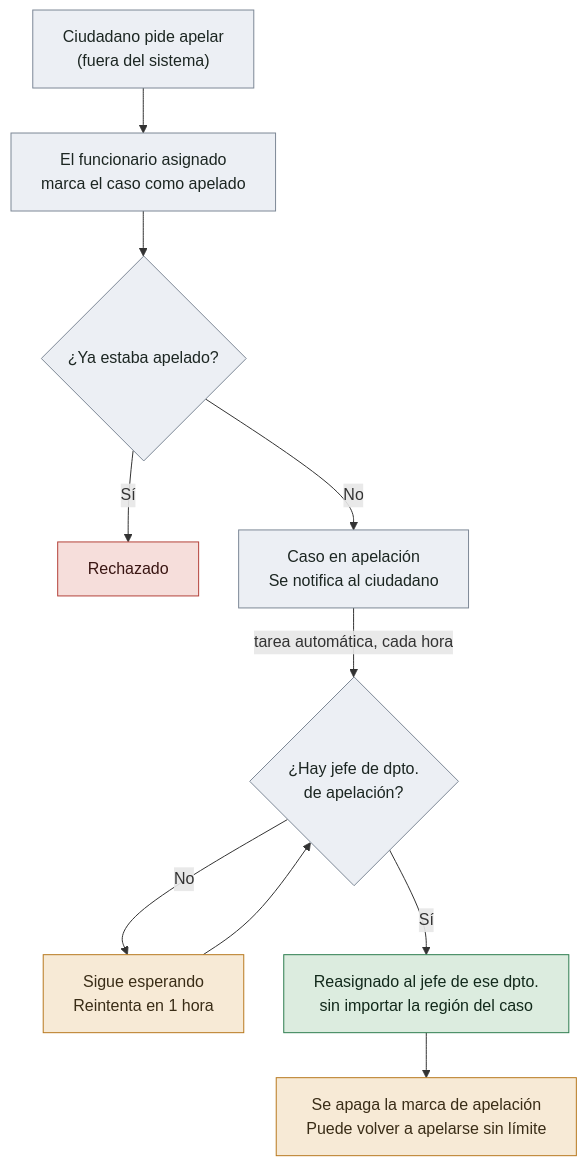
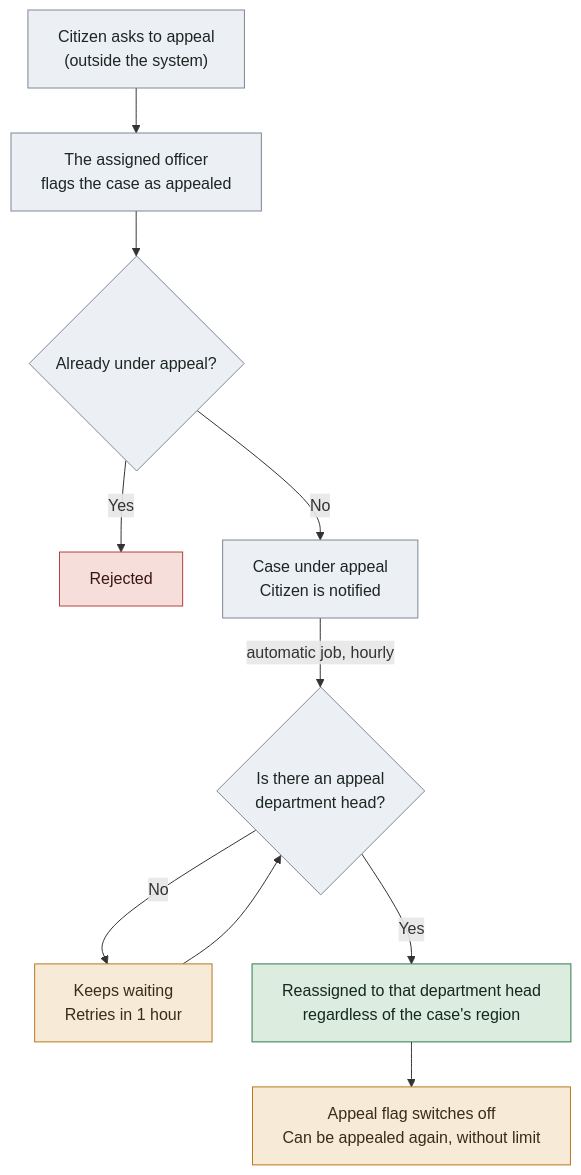
Before and after one commit to e3tools/grm-backend: the first of 2 diagrams in docs/sistema-apelacion-escalado.md, drawn with Mermaid. The commit also changed other lines of this file, not shown here.

First line of the commit message:
docs: translate appeal/escalation reference to English

````diff
--- a/docs/sistema-apelacion-escalado.md
+++ b/docs/sistema-apelacion-escalado.md
@@ -32,22 +32,22 @@
 ```mermaid
 %%{init: {"flowchart": {"wrappingWidth": 320, "nodeSpacing": 40, "rankSpacing": 45, "curve": "basis"}} }%%
 flowchart TD
-    A["Ciudadano pide apelar<br/>(fuera del sistema)"]
-    A --> B["El funcionario asignado<br/>marca el caso como apelado"]
-    B --> C{"¿Ya estaba apelado?"}
-    C -->|Sí| D["Rechazado"]
-    C -->|No| E["Caso en apelación<br/>Se notifica al ciudadano"]
-    E -->|"tarea automática, cada hora"| F{"¿Hay jefe de dpto.<br/>de apelación?"}
-    F -->|No| G["Sigue esperando<br/>Reintenta en 1 hora"]
+    A["Citizen asks to appeal<br/>(outside the system)"]
+    A --> B["The assigned officer<br/>flags the case as appealed"]
+    B --> C{"Already under appeal?"}
+    C -->|Yes| D["Rejected"]
+    C -->|No| E["Case under appeal<br/>Citizen is notified"]
+    E -->|"automatic job, hourly"| F{"Is there an appeal<br/>department head?"}
+    F -->|No| G["Keeps waiting<br/>Retries in 1 hour"]
     G --> F
-    F -->|Sí| H["Reasignado al jefe de ese dpto.<br/>sin importar la región del caso"]
-    H --> I["Se apaga la marca de apelación<br/>Puede volver a apelarse sin límite"]
+    F -->|Yes| H["Reassigned to that department head<br/>regardless of the case's region"]
+    H --> I["Appeal flag switches off<br/>Can be appealed again, without limit"]
 
     classDef default fill:#eceff4,stroke:#7d8896,color:#1c2622
-    classDef bloqueado fill:#f6dedb,stroke:#b3423a,color:#3a1613
-    classDef exito fill:#dcecdf,stroke:#2e7d4f,color:#12291b
-    classDef espera fill:#f7ead6,stroke:#b8791f,color:#3a2d17
-    class D bloqueado
-    class H exito
-    class G,I espera
+    classDef blocked fill:#f6dedb,stroke:#b3423a,color:#3a1613
+    classDef success fill:#dcecdf,stroke:#2e7d4f,color:#12291b
+    classDef waiting fill:#f7ead6,stroke:#b8791f,color:#3a2d17
+    class D blocked
+    class H success
+    class G,I waiting
 ```
````
